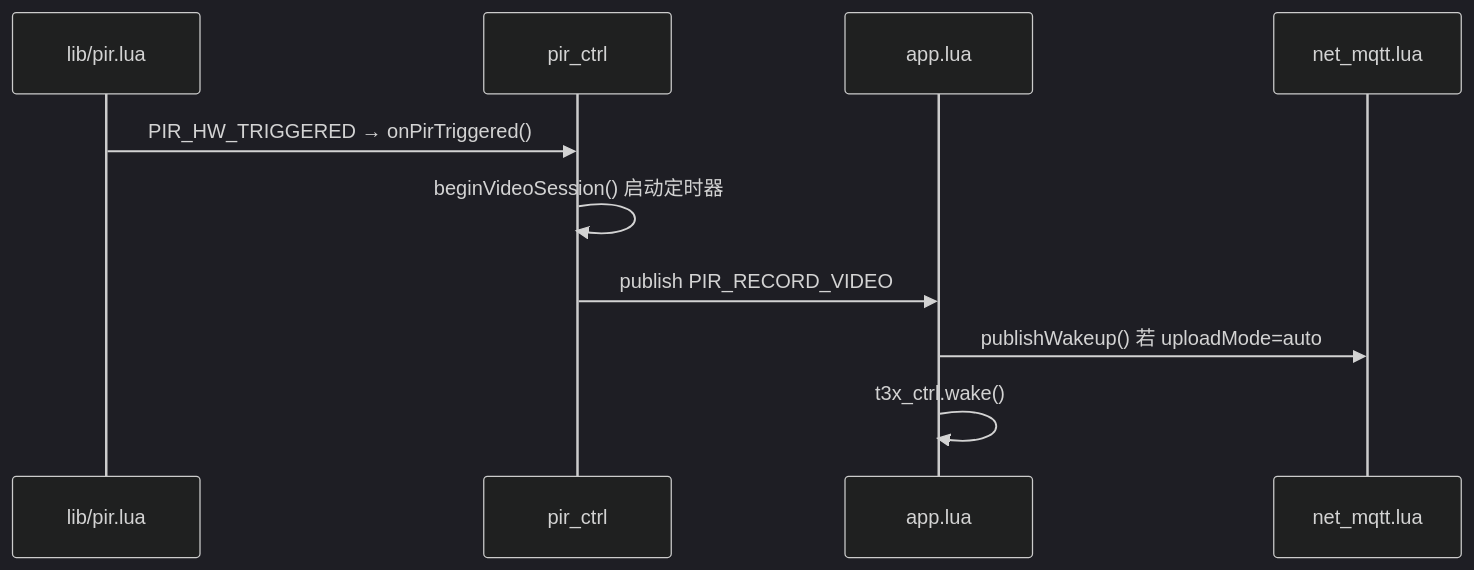
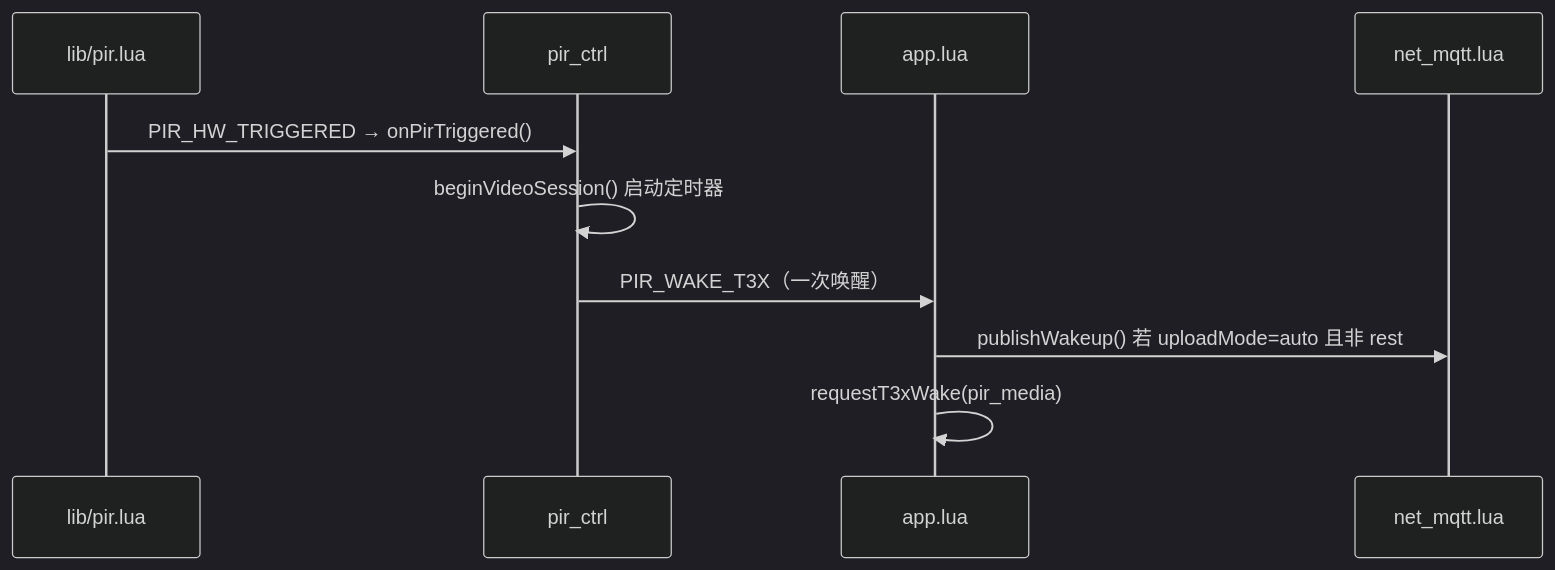
The fourth of 5 diagrams in doc/PIR_PROTOCOL.md (dzr1986/AIR780EHM), drawn with Mermaid (dark theme) before and after one commit. The commit also changed other lines of this file and 54 other files, not shown here.

````diff
--- a/doc/PIR_PROTOCOL.md
+++ b/doc/PIR_PROTOCOL.md
@@ -83,13 +180,13 @@
 ```mermaid
 sequenceDiagram
     participant PIR as lib/pir.lua
     participant CFG as pir_ctrl
     participant APP as app.lua
     participant NET as net_mqtt.lua
 
     PIR->>CFG: PIR_HW_TRIGGERED → onPirTriggered()
     CFG->>CFG: beginVideoSession() 启动定时器
-    CFG->>APP: publish PIR_RECORD_VIDEO
-    APP->>NET: publishWakeup() 若 uploadMode=auto
-    APP->>APP: t3x_ctrl.wake()
+    CFG->>APP: PIR_WAKE_T3X（一次唤醒）
+    APP->>NET: publishWakeup() 若 uploadMode=auto 且非 rest
+    APP->>APP: requestT3xWake(pir_media)
 ```
````
